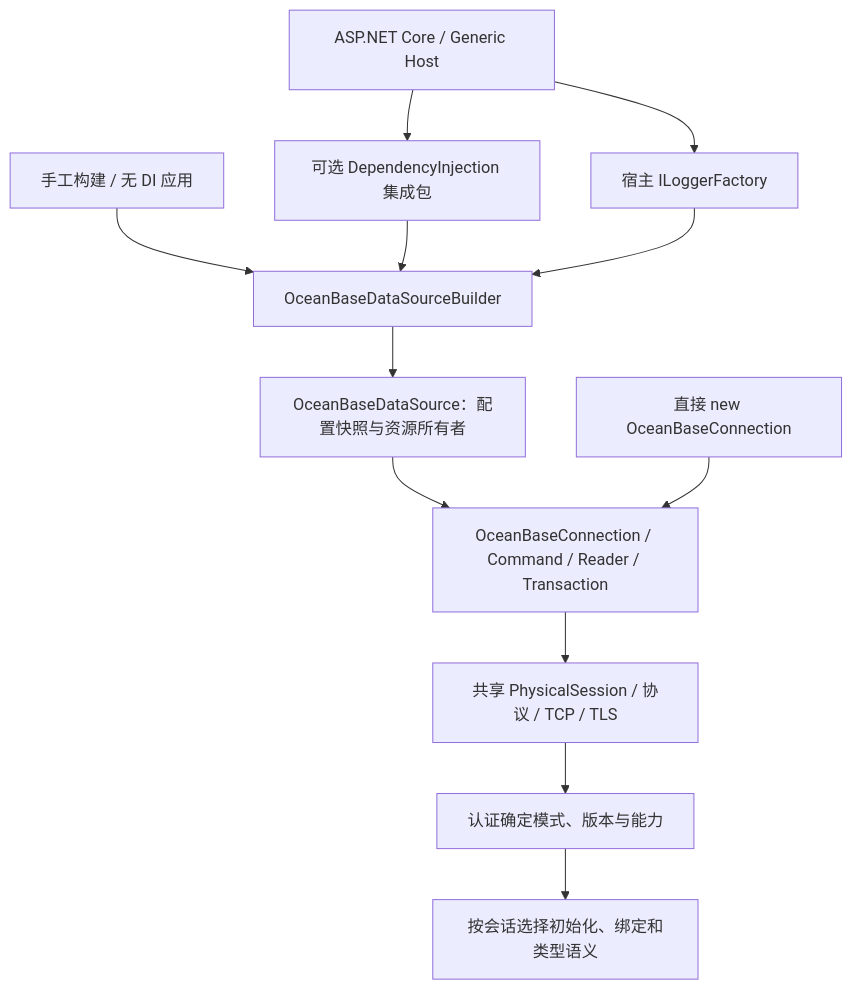
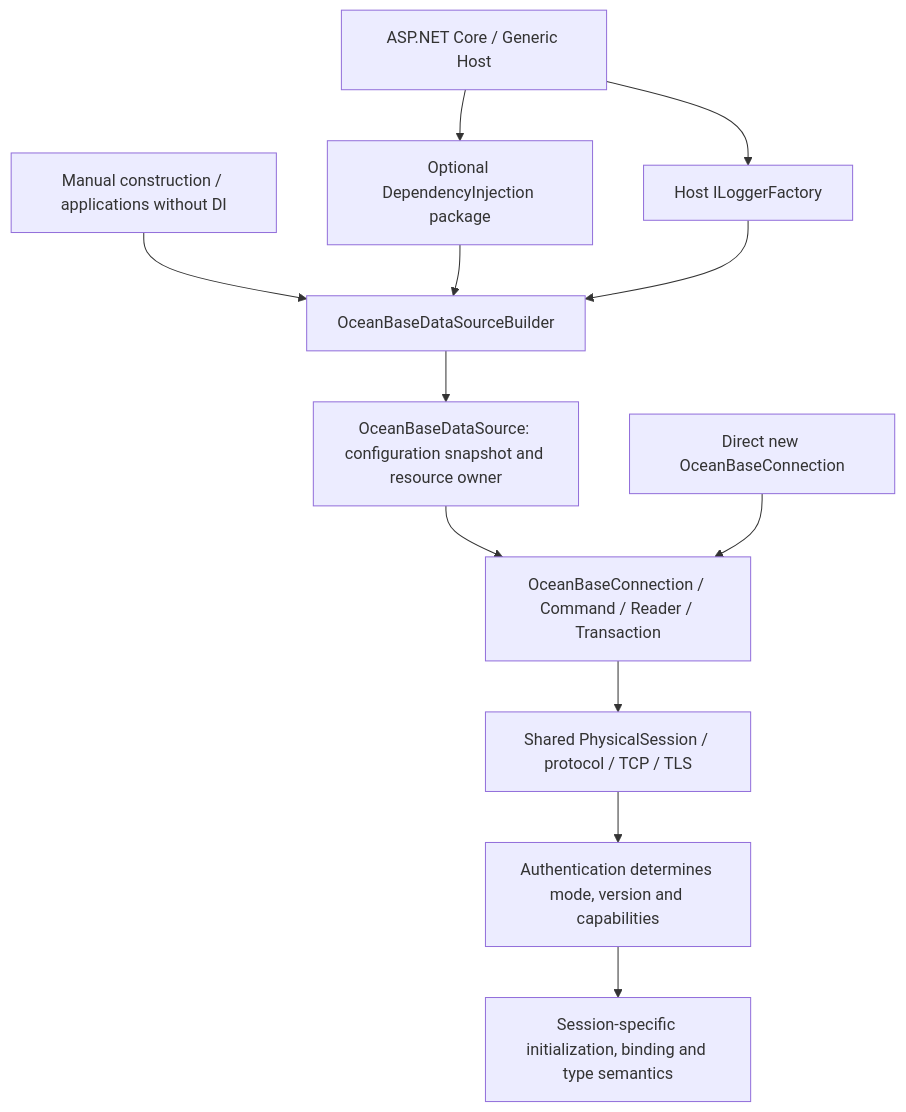
One commit to cocosip/obconnector-dotnet changed the first of 2 diagrams in docs/obconnector-dotnet-architecture-design.md. Above: the diagram before and after it, drawn with Mermaid. The commit also changed other lines of this file and 5 other files, not shown here.

````diff
--- a/docs/obconnector-dotnet-architecture-design.md
+++ b/docs/obconnector-dotnet-architecture-design.md
@@ -55,14 +55,14 @@
 ```mermaid
 flowchart TD
-  A[手工构建 / 无 DI 应用] --> B[OceanBaseDataSourceBuilder]
-  H[ASP.NET Core / Generic Host] --> I[可选 DependencyInjection 集成包]
+  A[Manual construction / applications without DI] --> B[OceanBaseDataSourceBuilder]
+  H[ASP.NET Core / Generic Host] --> I[Optional DependencyInjection package]
   I --> B
-  H --> L[宿主 ILoggerFactory]
+  H --> L[Host ILoggerFactory]
   L --> B
-  B --> D[OceanBaseDataSource：配置快照与资源所有者]
+  B --> D[OceanBaseDataSource: configuration snapshot and resource owner]
   D --> C[OceanBaseConnection / Command / Reader / Transaction]
-  N[直接 new OceanBaseConnection] --> C
-  C --> S[共享 PhysicalSession / 协议 / TCP / TLS]
-  S --> M[认证确定模式、版本与能力]
-  M --> V[按会话选择初始化、绑定和类型语义]
+  N[Direct new OceanBaseConnection] --> C
+  C --> S[Shared PhysicalSession / protocol / TCP / TLS]
+  S --> M[Authentication determines mode, version and capabilities]
+  M --> V[Session-specific initialization, binding and type semantics]
 ```
````
